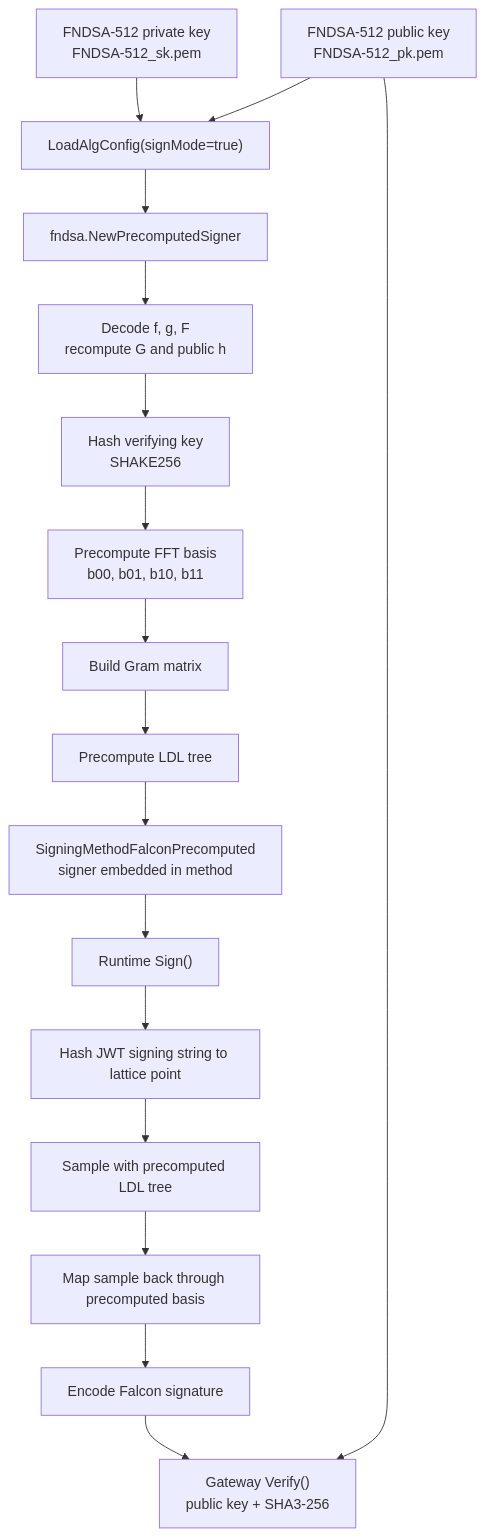
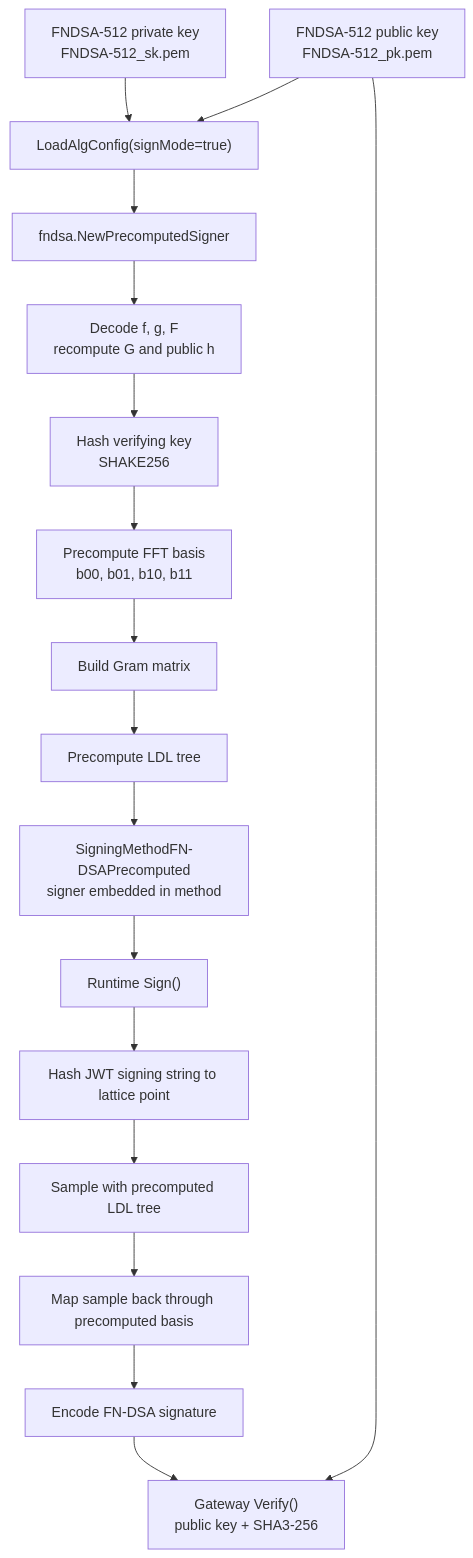
Before and after one commit to ridwanmuh3/tasktify: the seventh of 8 diagrams in docs/research-system-architecture.md, drawn with Mermaid. The commit also changed other lines of this file and 51 other files, not shown here.

````diff
--- a/docs/research-system-architecture.md
+++ b/docs/research-system-architecture.md
@@ -391,27 +391,27 @@
 ```mermaid
 flowchart TD
   sk["FNDSA-512 private key<br/>FNDSA-512_sk.pem"]
   pk["FNDSA-512 public key<br/>FNDSA-512_pk.pem"]
   loader["LoadAlgConfig(signMode=true)"]
   precompute["fndsa.NewPrecomputedSigner"]
   decode["Decode f, g, F<br/>recompute G and public h"]
   vkhash["Hash verifying key<br/>SHAKE256"]
   fft["Precompute FFT basis<br/>b00, b01, b10, b11"]
   gram["Build Gram matrix"]
   ldl["Precompute LDL tree"]
-  method["SigningMethodFalconPrecomputed<br/>signer embedded in method"]
+  method["SigningMethodFN-DSAPrecomputed<br/>signer embedded in method"]
   runtime["Runtime Sign()"]
   hash_msg["Hash JWT signing string to lattice point"]
   sample["Sample with precomputed LDL tree"]
   map_back["Map sample back through precomputed basis"]
-  encode["Encode Falcon signature"]
+  encode["Encode FN-DSA signature"]
   verify["Gateway Verify()<br/>public key + SHA3-256"]
 
   sk --> loader --> precompute
   pk --> loader
   precompute --> decode --> vkhash --> fft --> gram --> ldl --> method
   method --> runtime
   runtime --> hash_msg --> sample --> map_back --> encode
   encode --> verify
   pk --> verify
 ```
````
